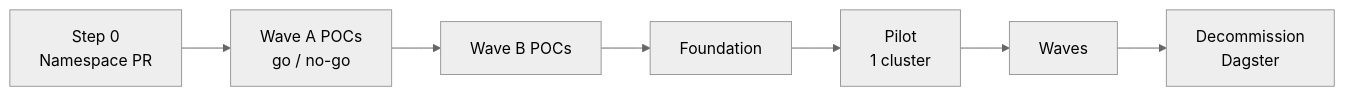
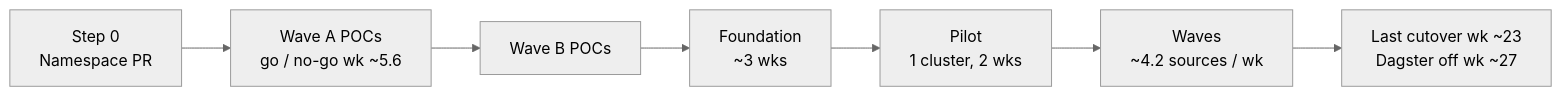
One commit to infroid/temporal-vs-dagster changed the second of 2 diagrams in README.md. Above: the diagram before and after it, drawn with Mermaid (neutral theme). The commit also changed other lines of this file and 3 other files, not shown here.

````diff
--- a/README.md
+++ b/README.md
@@ -33,9 +34,9 @@
 ```mermaid
 flowchart LR
-  S0["Step 0<br/>Namespace PR"] --> WA["Wave A POCs<br/>go / no-go"]
+  S0["Step 0<br/>Namespace PR"] --> WA["Wave A POCs<br/>go / no-go wk ~5.6"]
   WA --> WB["Wave B POCs"]
-  WB --> F["Foundation"]
-  F --> P["Pilot<br/>1 cluster"]
-  P --> W["Waves"]
-  W --> D["Decommission<br/>Dagster"]
+  WB --> F["Foundation<br/>~3 wks"]
+  F --> P["Pilot<br/>1 cluster, 2 wks"]
+  P --> W["Waves<br/>~4.2 sources / wk"]
+  W --> D["Last cutover wk ~23<br/>Dagster off wk ~27"]
 ```
````
